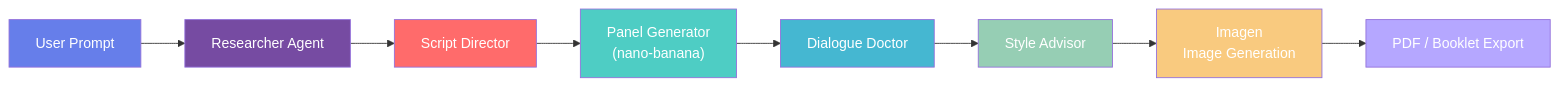
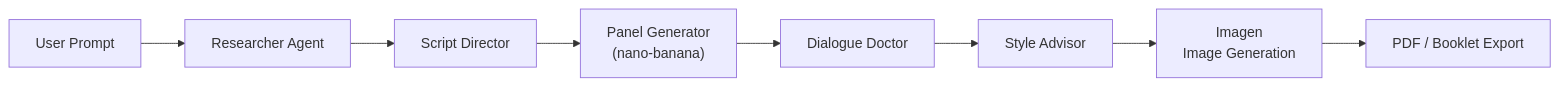
Before and after one commit to RobinaMirbahar/Comic-Studio-Ai: the diagram in README.md, drawn with Mermaid.

Commit message:
docs: revert Mermaid color overrides for crisp native GitHub rendering and consolidate header

````diff
--- a/README.md
+++ b/README.md
@@ -127,19 +127,10 @@
 ```mermaid
 graph LR
     A["User Prompt"] --> B["Researcher Agent"]
     B --> C["Script Director"]
     C --> D["Panel Generator\n(nano-banana)"]
     D --> E["Dialogue Doctor"]
     E --> F["Style Advisor"]
     F --> G["Imagen\nImage Generation"]
     G --> H["PDF / Booklet Export"]
-
-    style A fill:#667eea,color:white
-    style B fill:#764ba2,color:white
-    style C fill:#ff6b6b,color:white
-    style D fill:#4ecdc4,color:white
-    style E fill:#45b7d1,color:white
-    style F fill:#96ceb4,color:white
-    style G fill:#f9ca7f,color:white
-    style H fill:#b5a7ff,color:white
 ```
````
